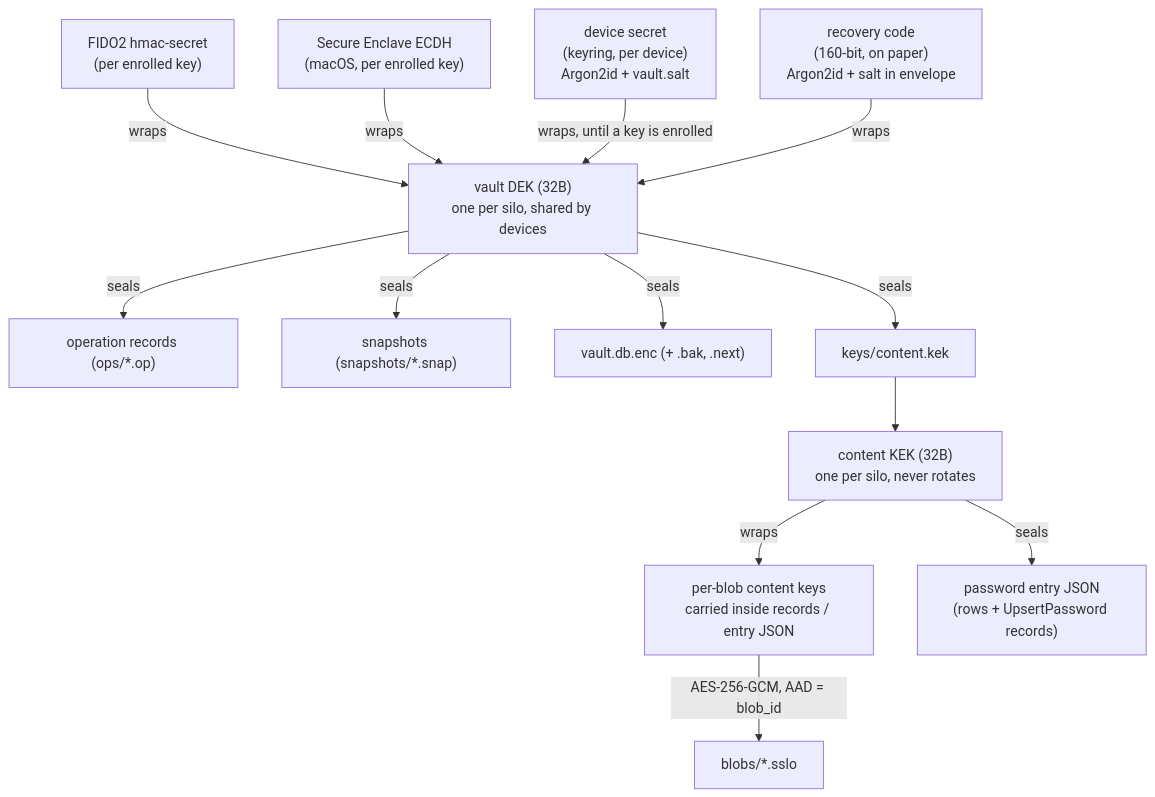
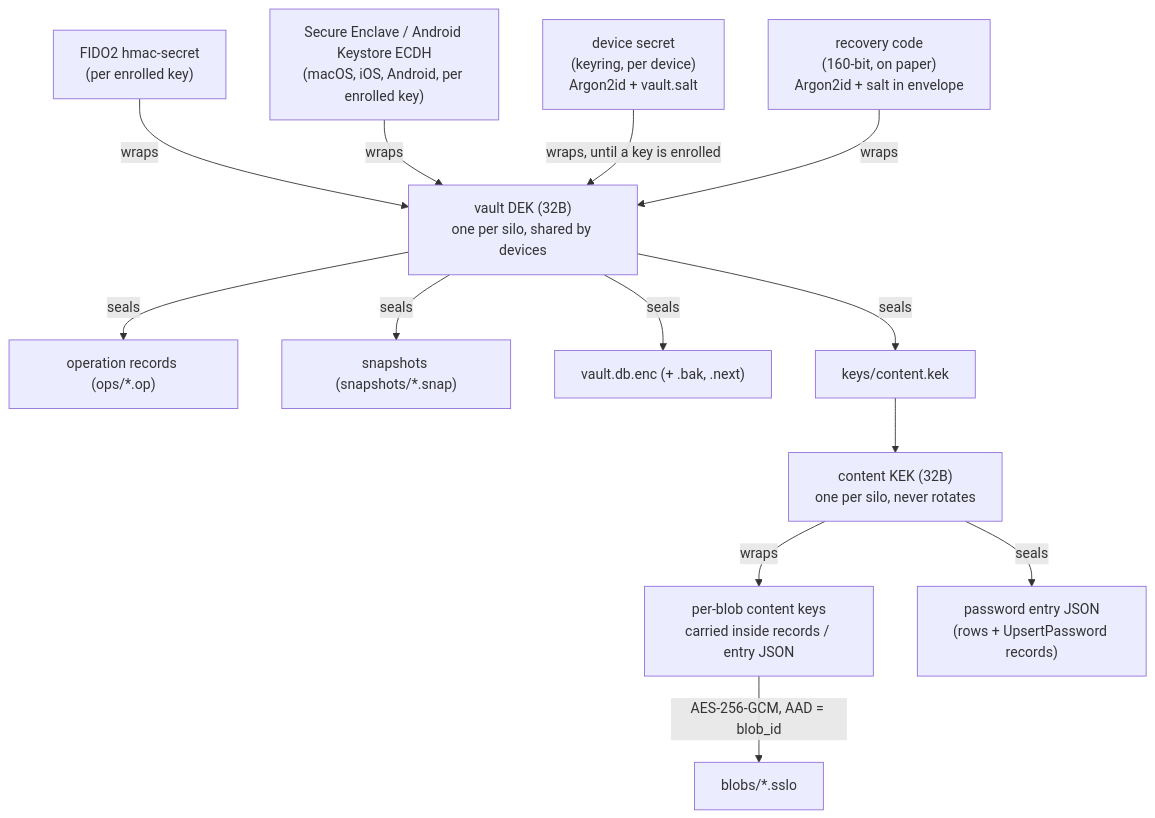
One commit to silentsilo/core changed the second of 4 diagrams in docs/ARCHITECTURE.md. Above: the diagram before and after it, drawn with Mermaid. The commit also changed 10 other files, not shown here.

First line of the commit message:
Add the android-keystore key kind

````diff
--- a/docs/ARCHITECTURE.md
+++ b/docs/ARCHITECTURE.md
@@ -76,16 +76,16 @@
 ```mermaid
 flowchart TD
     FIDO2["FIDO2 hmac-secret<br/>(per enrolled key)"] -->|"wraps"| DEK
-    SE["Secure Enclave ECDH<br/>(macOS, per enrolled key)"] -->|"wraps"| DEK
+    SE["Secure Enclave / Android Keystore ECDH<br/>(macOS, iOS, Android, per enrolled key)"] -->|"wraps"| DEK
     DS["device secret<br/>(keyring, per device)<br/>Argon2id + vault.salt"] -->|"wraps, until a key is enrolled"| DEK
     RC["recovery code<br/>(160-bit, on paper)<br/>Argon2id + salt in envelope"] -->|"wraps"| DEK
     DEK["vault DEK (32B)<br/>one per silo, shared by devices"]
     DEK -->|"seals"| OPS["operation records (ops/*.op)"]
     DEK -->|"seals"| SNAP["snapshots (snapshots/*.snap)"]
     DEK -->|"seals"| DB["vault.db.enc (+ .bak, .next)"]
     DEK -->|"seals"| KEKENV["keys/content.kek"]
     KEKENV --> KEK["content KEK (32B)<br/>one per silo, never rotates"]
     KEK -->|"wraps"| CK["per-blob content keys<br/>carried inside records / entry JSON"]
     KEK -->|"seals"| PW["password entry JSON<br/>(rows + UpsertPassword records)"]
     CK -->|"AES-256-GCM, AAD = blob_id"| BLOB["blobs/*.sslo"]
 ```
````
